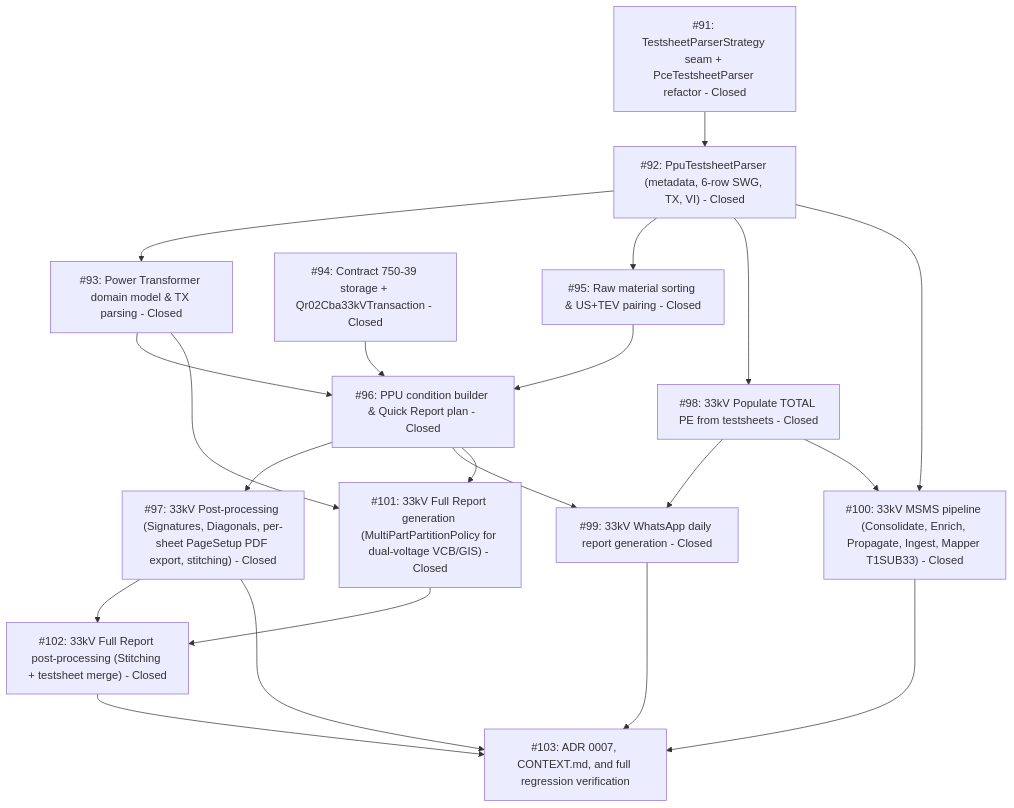
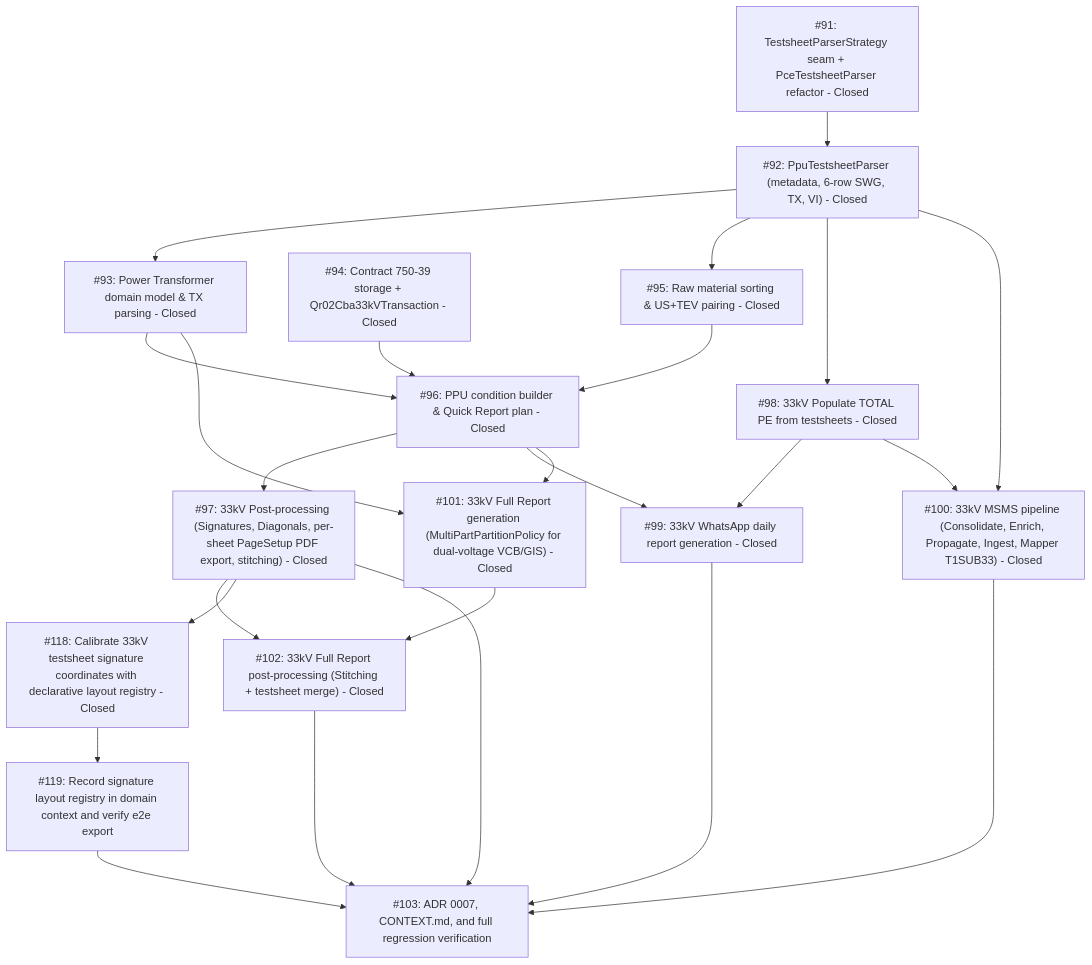
One commit to adamlarGit/pahang-cli changed the diagram in .wayfinder/33kv-system-workflow/map.md. Above: the diagram before and after it, drawn with Mermaid. The commit also changed other lines of this file and 4 other files, not shown here.

First line of the commit message:
fix(signatures): calibrate 33kV testsheet signature coordinates (#118)

````diff
--- a/.wayfinder/33kv-system-workflow/map.md
+++ b/.wayfinder/33kv-system-workflow/map.md
@@ -55,37 +55,42 @@
 ```mermaid
 graph TD
     T91["#91: TestsheetParserStrategy seam + PceTestsheetParser refactor - Closed"]
     T92["#92: PpuTestsheetParser (metadata, 6-row SWG, TX, VI) - Closed"]
     T93["#93: Power Transformer domain model & TX parsing - Closed"]
     T94["#94: Contract 750-39 storage + Qr02Cba33kVTransaction - Closed"]
     T95["#95: Raw material sorting & US+TEV pairing - Closed"]
     T96["#96: PPU condition builder & Quick Report plan - Closed"]
     T97["#97: 33kV Post-processing (Signatures, Diagonals, per-sheet PageSetup PDF export, stitching) - Closed"]
     T98["#98: 33kV Populate TOTAL PE from testsheets - Closed"]
     T99["#99: 33kV WhatsApp daily report generation - Closed"]
     T100["#100: 33kV MSMS pipeline (Consolidate, Enrich, Propagate, Ingest, Mapper T1SUB33) - Closed"]
     T101["#101: 33kV Full Report generation (MultiPartPartitionPolicy for dual-voltage VCB/GIS) - Closed"]
     T102["#102: 33kV Full Report post-processing (Stitching + testsheet merge) - Closed"]
+    T118["#118: Calibrate 33kV testsheet signature coordinates with declarative layout registry - Closed"]
+    T119["#119: Record signature layout registry in domain context and verify e2e export"]
     T103["#103: ADR 0007, CONTEXT.md, and full regression verification"]
 
     T91 --> T92
     T92 --> T93
     T92 --> T95
     T92 --> T98
     T94 --> T96
     T93 --> T96
     T95 --> T96
     T96 --> T97
     T96 --> T99
     T98 --> T99
     T98 --> T100
     T92 --> T100
     T93 --> T101
     T96 --> T101
     T97 --> T102
     T101 --> T102
+    T97 --> T118
+    T118 --> T119
+    T119 --> T103
     T97 --> T103
     T99 --> T103
     T100 --> T103
     T102 --> T103
 ```
````
